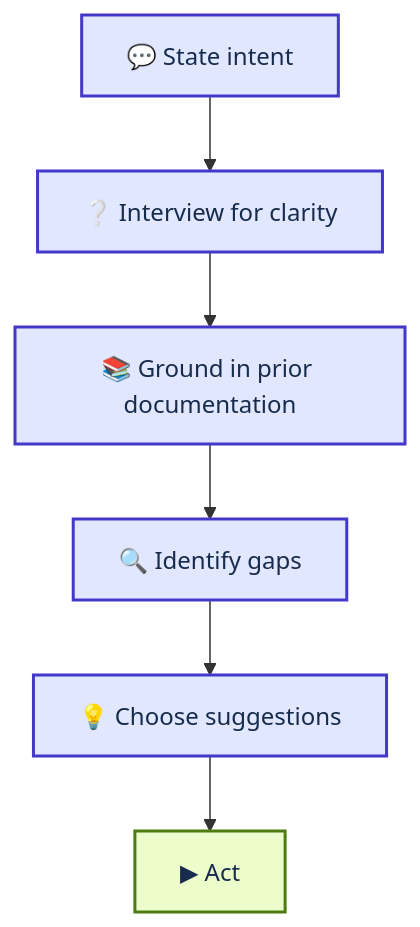
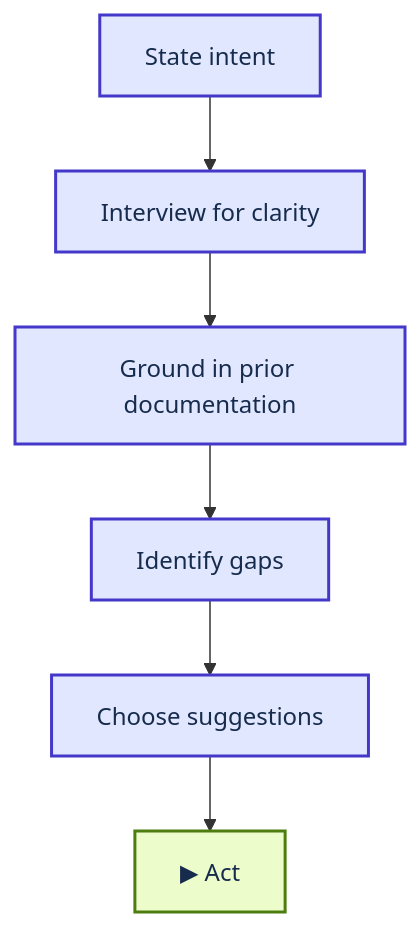
The diagram in site/content/articles/how-i-m-getting-the-best-results-from-ai-lately.md (Acestus/portfolio), drawn with Mermaid before and after one commit. The commit also changed 46 other files, not shown here.

Commit message:
Remove emoji from diagrams and use Azure SVG icons

````diff
--- a/site/content/articles/how-i-m-getting-the-best-results-from-ai-lately.md
+++ b/site/content/articles/how-i-m-getting-the-best-results-from-ai-lately.md
@@ -21,14 +21,14 @@
 ```mermaid
 flowchart TD
   accTitle: From initial intent to an informed decision
-  n0["💬 State intent"] --> n1
-  n1["❔ Interview for clarity"] --> n2
-  n2["📚 Ground in prior documentation"] --> n3
-  n3["🔍 Identify gaps"] --> n4
-  n4["💡 Choose suggestions"] --> n5
+  n0[" State intent"] --> n1
+  n1[" Interview for clarity"] --> n2
+  n2[" Ground in prior documentation"] --> n3
+  n3[" Identify gaps"] --> n4
+  n4[" Choose suggestions"] --> n5
   n5["▶ Act"]
   classDef process fill:#E0E7FF,stroke:#4338CA,color:#172B4D,stroke-width:2px
   classDef result fill:#ECFCCB,stroke:#4D7C0F,color:#172B4D,stroke-width:2px
   class n0,n1,n2,n3,n4 process
   class n5 result
 ```
````
